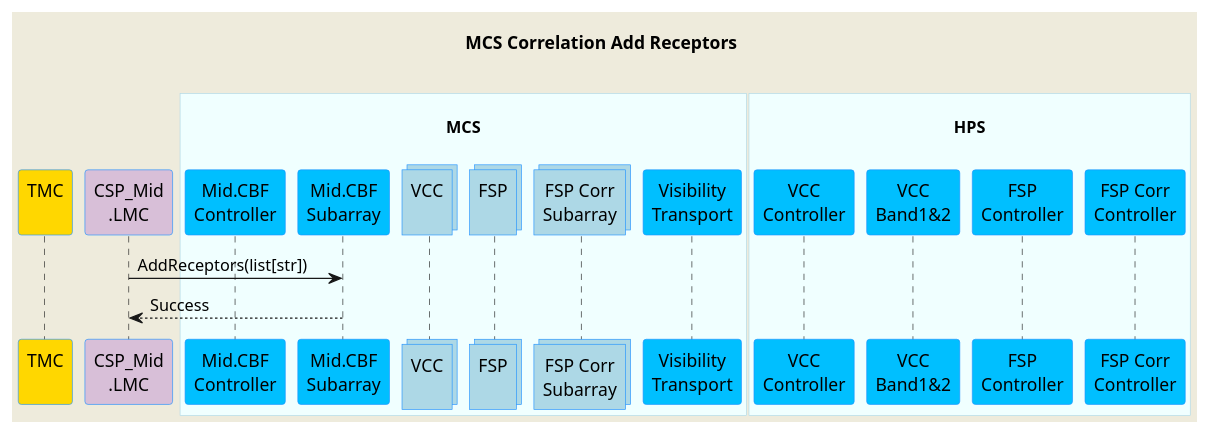
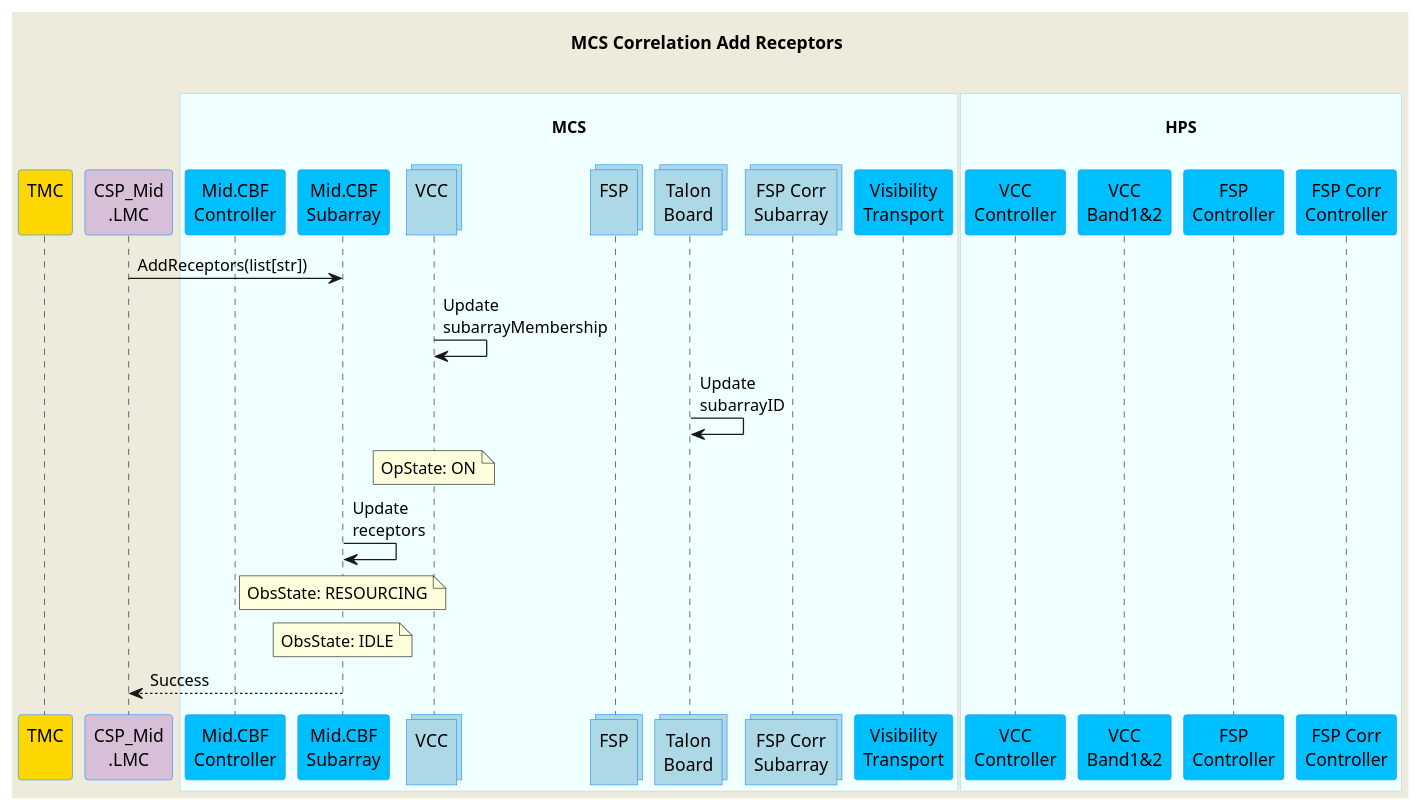
The diagram in docs/src/diagrams/add-receptors.puml (ska-telescope/mid-cbf-mcs), drawn with PlantUML before and after one commit.

Commit message:
CIP-2424 more work on addreceptors diagram

```diff
--- a/docs/src/diagrams/add-receptors.puml
+++ b/docs/src/diagrams/add-receptors.puml
@@ -1,41 +1,51 @@
 @startuml
 'https://plantuml.com/sequence-diagram
 
 skinparam backgroundColor #EEEBDC
 skinparam sequence {
     ParticipantBorderColor DodgerBlue
     ParticipantBackgroundColor DeepSkyBlue
     ActorBorderColor DarkGreen
     ActorBackgroundColor Green
     BoxBorderColor LightBlue
     BoxBackgroundColor #F0FFFF
 }
 skinparam collections {
     BackGroundColor LightBlue
     BorderColor DodgerBlue
 }
 
 title MCS Correlation Add Receptors\n
 
 participant "TMC\n" as tmc #Gold
 participant "CSP_Mid\n.LMC" as lmc #Thistle
 box "\nMCS\n"
     participant "Mid.CBF\nController" as controller
     participant "Mid.CBF\nSubarray" as subarray
     collections "VCC\n" as vcc
     collections "FSP\n" as fsp
+    collections "Talon\nBoard" as talon
     collections "FSP Corr\nSubarray" as fspcorr
     participant "Visibility\nTransport" as vis_trans
 end box
 box "\nHPS\n" 
     participant "VCC\nController" as vcc_cont
     participant "VCC\nBand1&2" as vcc_band
     participant "FSP\nController" as fsp_cont
     participant "FSP Corr\nController" as fspcorr_cont
 end box
 
-lmc         -> subarray     : AddReceptors(list[str])
+lmc         ->  subarray    : AddReceptors(list[str])
 
-lmc        <-- subarray     : Success
+vcc         ->  vcc         : Update\nsubarrayMembership
+talon       ->  talon       : Update\nsubarrayID
+note over vcc               : OpState: ON
+subarray    ->  subarray    : Update\nreceptors
+note over subarray          : ObsState: RESOURCING
+
+note over subarray          : ObsState: IDLE
+
+
+lmc        <--  subarray     : Success
 
 @enduml
```
